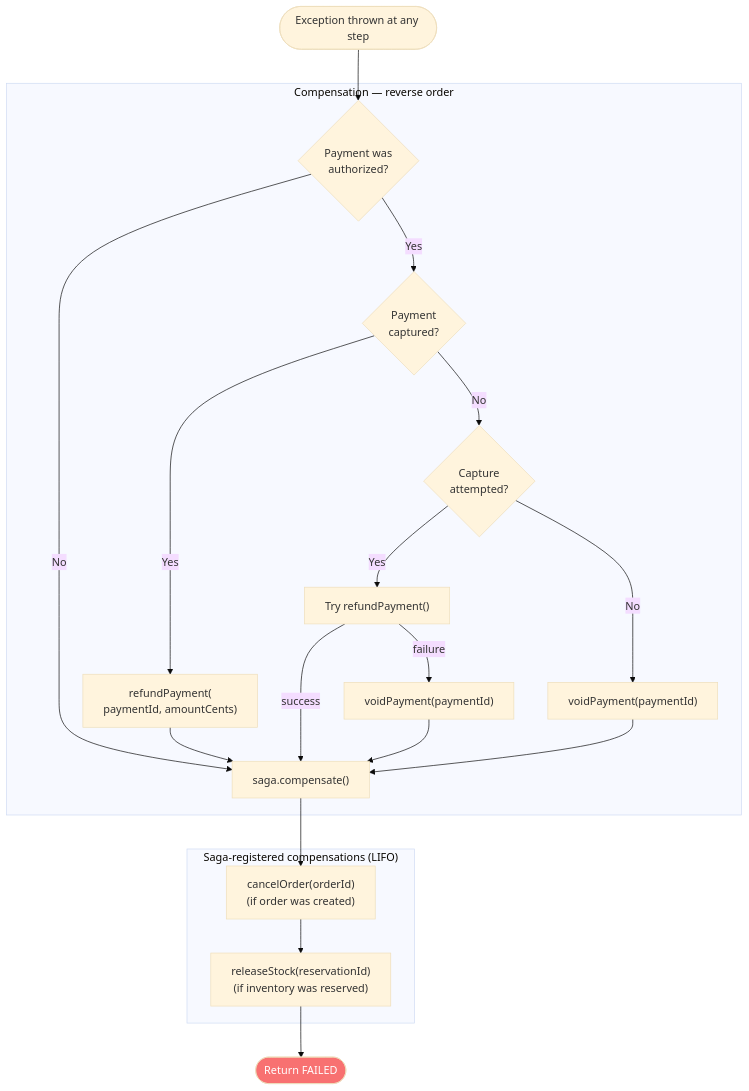
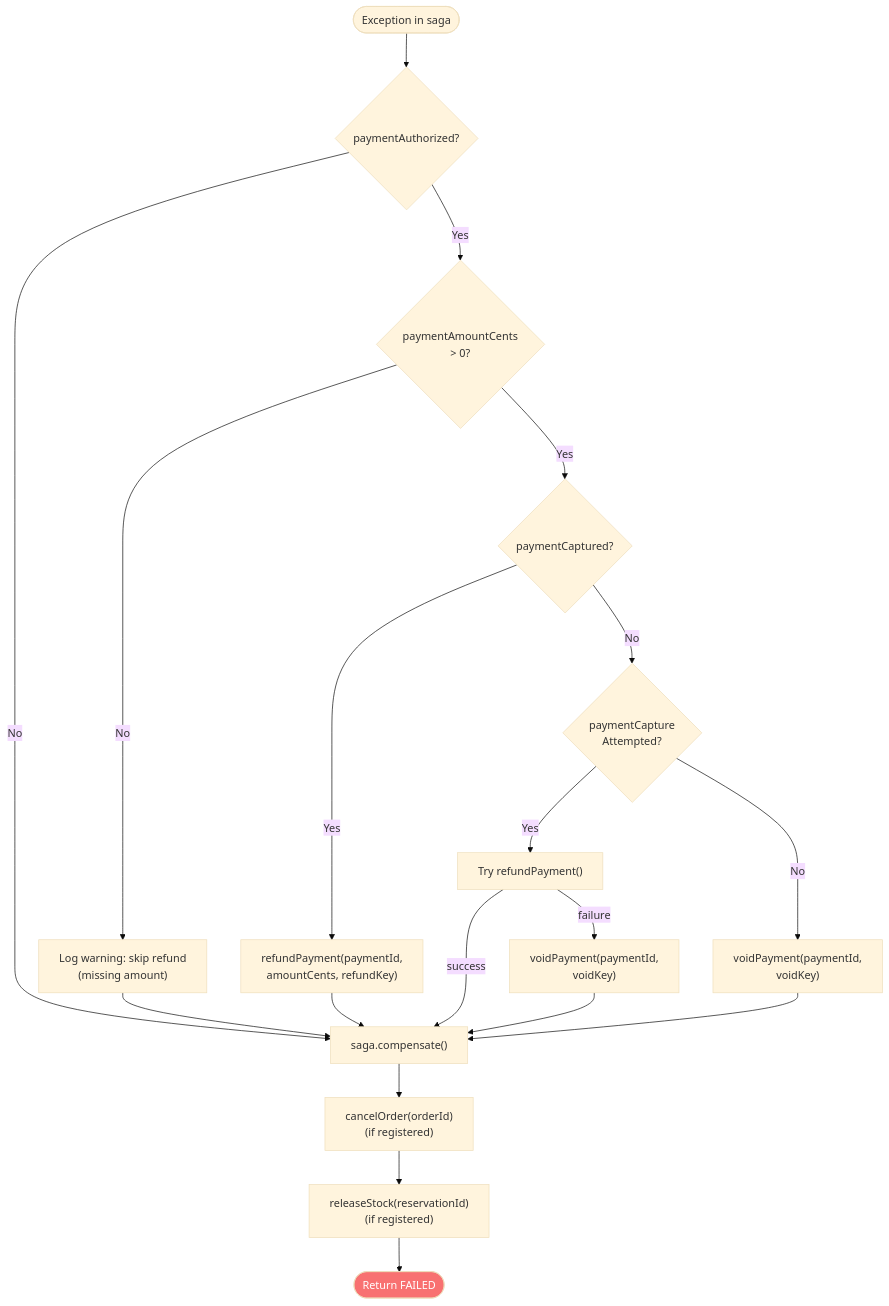
One commit to sunitakeazycommerz-a11y/InstaCommerce changed the fourth of 5 diagrams in services/checkout-orchestrator-service/README.md. Above: the diagram before and after it, drawn with Mermaid (base theme). The commit also changed other lines of this file and 554 other files, not shown here.

````diff
--- a/services/checkout-orchestrator-service/README.md
+++ b/services/checkout-orchestrator-service/README.md
@@ -86,37 +387,23 @@
 ```mermaid
 flowchart TD
-    EX([Exception thrown at any step]) --> COMP_PAY
+    EX([Exception in saga]) --> CHECK_AUTH{"paymentAuthorized?"}
+    CHECK_AUTH -->|No| SAGA["saga.compensate()"]
+    CHECK_AUTH -->|Yes| CHECK_AMT{"paymentAmountCents\n> 0?"}
+    CHECK_AMT -->|No| LOG_SKIP["Log warning: skip refund\n(missing amount)"] --> SAGA
 
-    subgraph COMPENSATION["Compensation — reverse order"]
-        COMP_PAY{"Payment was\nauthorized?"}
-        COMP_PAY -->|No| SAGA_COMP
+    CHECK_AMT -->|Yes| CHECK_CAPTURED{"paymentCaptured?"}
+    CHECK_CAPTURED -->|Yes| REFUND["refundPayment(paymentId,\namountCents, refundKey)"] --> SAGA
 
-        COMP_PAY -->|Yes| CHECK_CAPTURED{"Payment\ncaptured?"}
+    CHECK_CAPTURED -->|No| CHECK_ATTEMPT{"paymentCapture\nAttempted?"}
+    CHECK_ATTEMPT -->|Yes| TRY_REFUND["Try refundPayment()"]
+    TRY_REFUND -->|success| SAGA
+    TRY_REFUND -->|failure| VOID["voidPayment(paymentId,\nvoidKey)"] --> SAGA
 
-        CHECK_CAPTURED -->|Yes| REFUND["refundPayment(\npaymentId, amountCents)"]
-        REFUND --> SAGA_COMP
+    CHECK_ATTEMPT -->|No| VOID2["voidPayment(paymentId,\nvoidKey)"] --> SAGA
 
-        CHECK_CAPTURED -->|No| CHECK_CAPTURE_ATTEMPTED{"Capture\nattempted?"}
+    SAGA --> COMP_ORDER["cancelOrder(orderId)\n(if registered)"]
+    COMP_ORDER --> COMP_INV["releaseStock(reservationId)\n(if registered)"]
+    COMP_INV --> RETURN(["Return FAILED"])
 
-        CHECK_CAPTURE_ATTEMPTED -->|Yes| TRY_REFUND["Try refundPayment()"]
-        TRY_REFUND -->|success| SAGA_COMP
-        TRY_REFUND -->|failure| VOID["voidPayment(paymentId)"]
-        VOID --> SAGA_COMP
-
-        CHECK_CAPTURE_ATTEMPTED -->|No| VOID2["voidPayment(paymentId)"]
-        VOID2 --> SAGA_COMP
-
-        SAGA_COMP["saga.compensate()"]
-    end
-
-    SAGA_COMP --> COMP_ORDER
-
-    subgraph SAGA_COMPENSATIONS["Saga-registered compensations (LIFO)"]
-        COMP_ORDER["cancelOrder(orderId)\n(if order was created)"]
-        COMP_ORDER --> COMP_INV["releaseStock(reservationId)\n(if inventory was reserved)"]
-    end
-
-    COMP_INV --> FAILED(["Return FAILED"])
-
-    style FAILED fill:#f87171,color:#fff
+    style RETURN fill:#f87171,color:#fff
 ```
````
